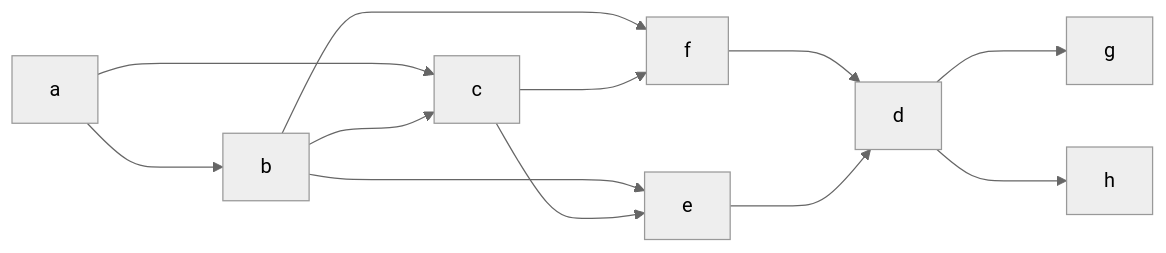
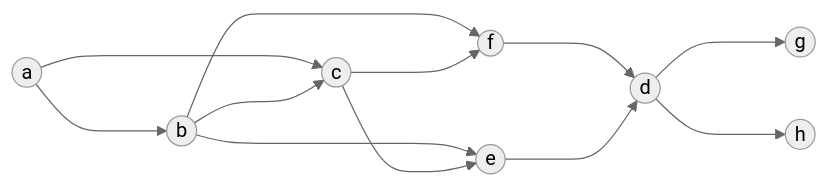
One commit to carnivuth/mobile_systems changed the diagram in journals/MANETS ROUTING.md. Above: the diagram before and after it, drawn with Mermaid (neutral theme). The commit also changed 2 other files, not shown here.

Commit message:
added manets notes

````diff
--- a/journals/MANETS ROUTING.md
+++ b/journals/MANETS ROUTING.md
@@ -52,17 +52,17 @@
 ```mermaid
 flowchart LR
-a[a]
-b[b]
-c[c]
-d[d]
-e[e]
-f[f]
-g[g]
-h[h]
+a((a))
+b((b))
+c((c))
+d((d))
+e((e))
+f((f))
+g((g))
+h((h))
 a ---> b & c
 b ---> e & f & c
 c ---> f & e
 d ---> g & h
 f ---> d 
 e ---> d 
 ```
````
